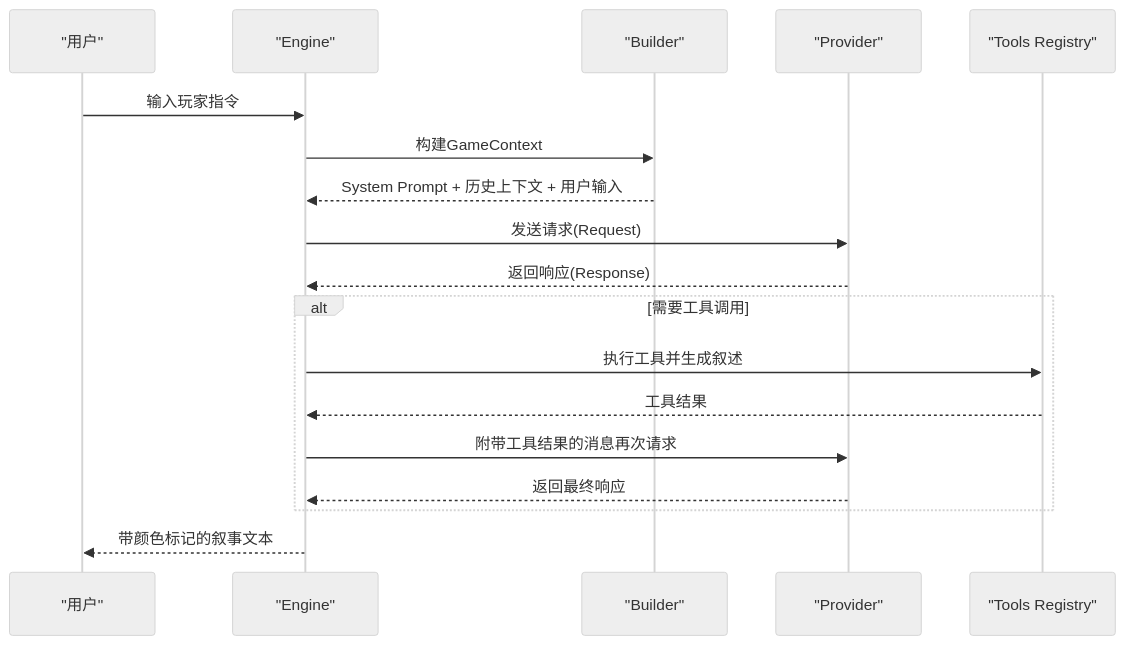
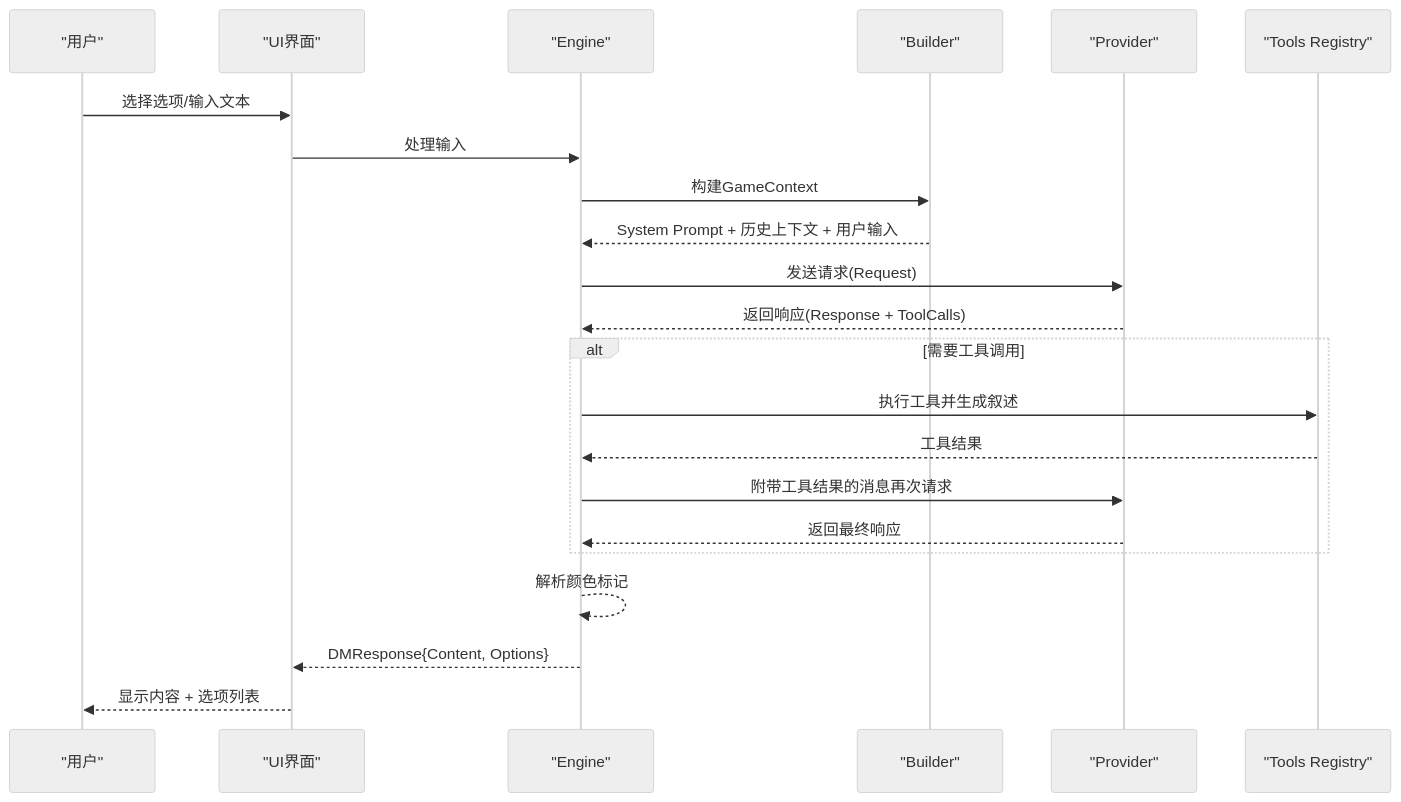
One commit to zwh8800/cdnd changed the second of 8 diagrams in .qoder/repowiki/zh/content/LLM集成系统/提示词系统.md. Above: the diagram before and after it, drawn with Mermaid (neutral theme). The commit also changed other lines of this file and 5 other files, not shown here.

````diff
--- a/.qoder/repowiki/zh/content/LLM集成系统/提示词系统.md
+++ b/.qoder/repowiki/zh/content/LLM集成系统/提示词系统.md
@@ -112,20 +140,24 @@
 ```mermaid
 sequenceDiagram
 participant U as "用户"
+participant UI as "UI界面"
 participant E as "Engine"
 participant B as "Builder"
 participant P as "Provider"
 participant TR as "Tools Registry"
-U->>E : 输入玩家指令
+U->>UI : 选择选项/输入文本
+UI->>E : 处理输入
 E->>B : 构建GameContext
 B-->>E : System Prompt + 历史上下文 + 用户输入
 E->>P : 发送请求(Request)
-P-->>E : 返回响应(Response)
+P-->>E : 返回响应(Response + ToolCalls)
 alt 需要工具调用
 E->>TR : 执行工具并生成叙述
 TR-->>E : 工具结果
 E->>P : 附带工具结果的消息再次请求
 P-->>E : 返回最终响应
 end
-E-->>U : 带颜色标记的叙事文本
+E-->>E : 解析颜色标记
+E-->>UI : DMResponse{Content, Options}
+UI-->>U : 显示内容 + 选项列表
 ```
````
